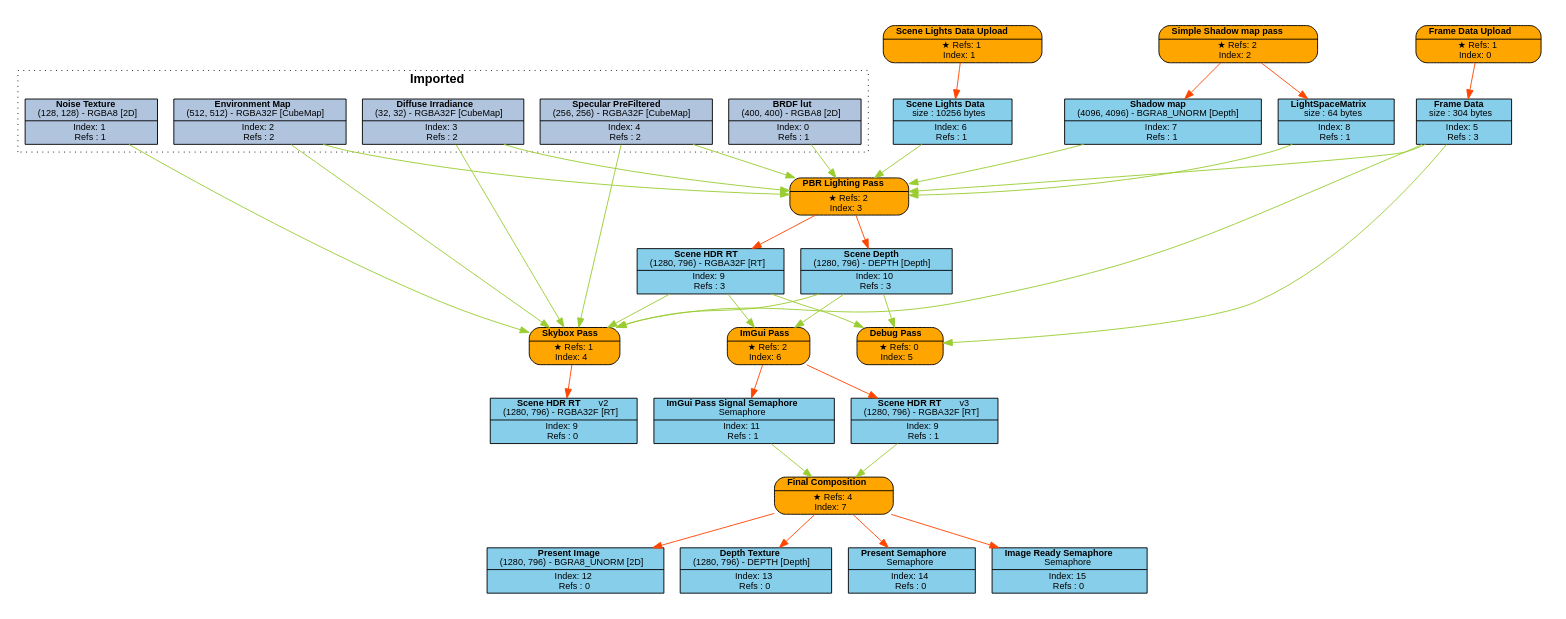
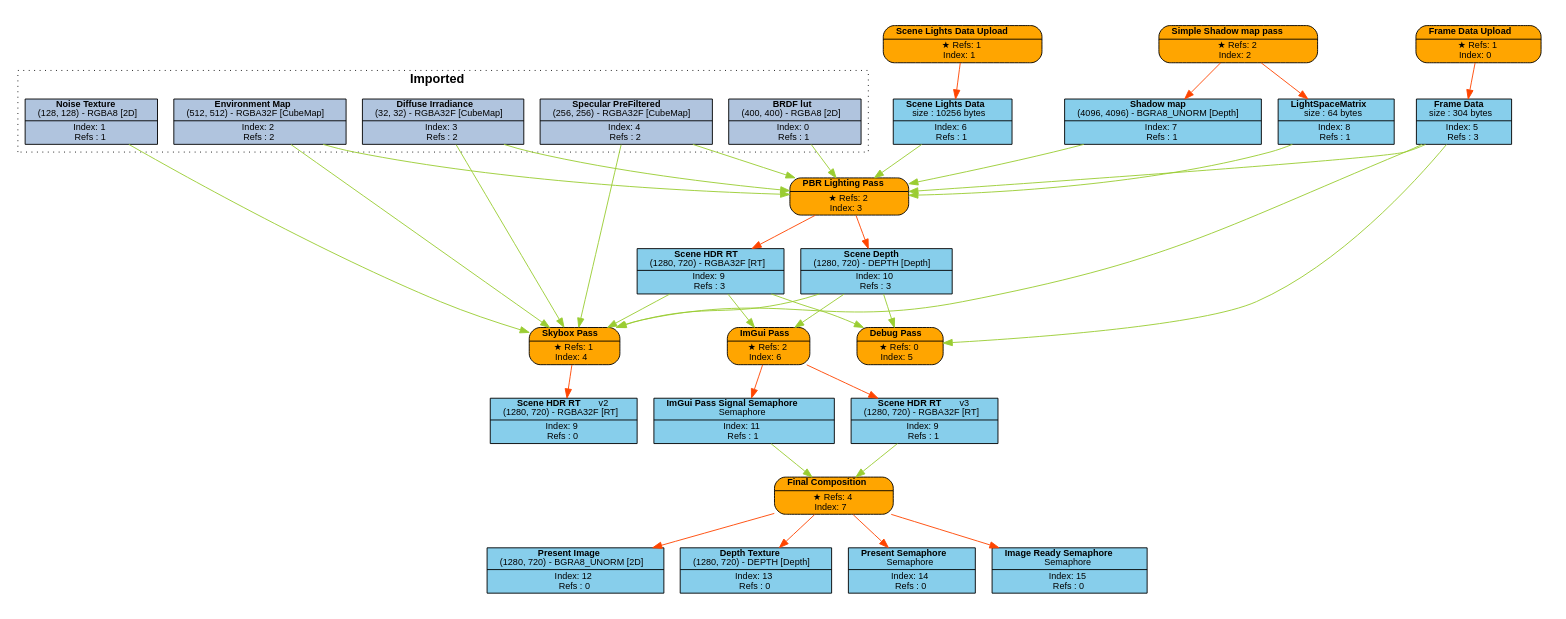
The diagram in Engine/content/FrameGraphs/pbr_lighting_test.dot (Pikachuxxxx/Razix), drawn with Graphviz before and after one commit. The commit also changed 232 other files, not shown here.

```diff
--- a/Engine/content/FrameGraphs/pbr_lighting_test.dot
+++ b/Engine/content/FrameGraphs/pbr_lighting_test.dot
@@ -1,91 +1,91 @@
 digraph FrameGraph {
 graph [style=invis, rankdir="TB" ordering=out, splines=spline]
 node [shape=record, fontname="helvetica", fontsize=10, margin="0.2,0.03"]
 
 P0 [label=<{ {<B>Frame Data Upload</B>} | {&#x2605; Refs: 1<BR/> Index: 0} }> style="rounded,filled", fillcolor=orange]
 P1 [label=<{ {<B>Scene Lights Data Upload</B>} | {&#x2605; Refs: 1<BR/> Index: 1} }> style="rounded,filled", fillcolor=orange]
 P2 [label=<{ {<B>Simple Shadow map pass</B>} | {&#x2605; Refs: 2<BR/> Index: 2} }> style="rounded,filled", fillcolor=orange]
 P3 [label=<{ {<B>PBR Lighting Pass</B>} | {&#x2605; Refs: 2<BR/> Index: 3} }> style="rounded,filled", fillcolor=orange]
 P4 [label=<{ {<B>Skybox Pass</B>} | {&#x2605; Refs: 1<BR/> Index: 4} }> style="rounded,filled", fillcolor=orange]
 P5 [label=<{ {<B>Debug Pass</B>} | {&#x2605; Refs: 0<BR/> Index: 5} }> style="rounded,filled", fillcolor=orange]
 P6 [label=<{ {<B>ImGui Pass</B>} | {&#x2605; Refs: 2<BR/> Index: 6} }> style="rounded,filled", fillcolor=orange]
 P7 [label=<{ {<B>Final Composition</B>} | {&#x2605; Refs: 4<BR/> Index: 7} }> style="rounded,filled", fillcolor=orange]
 
 R0_1 [label=<{ {<B>BRDF lut</B><BR/>(400, 400) - RGBA8 [2D]} | {Index: 0<BR/>Refs : 1} }> style=filled, fillcolor=lightsteelblue]
 R1_1 [label=<{ {<B>Noise Texture</B><BR/>(128, 128) - RGBA8 [2D]} | {Index: 1<BR/>Refs : 1} }> style=filled, fillcolor=lightsteelblue]
 R2_1 [label=<{ {<B>Environment Map</B><BR/>(512, 512) - RGBA32F [CubeMap]} | {Index: 2<BR/>Refs : 2} }> style=filled, fillcolor=lightsteelblue]
 R3_1 [label=<{ {<B>Diffuse Irradiance</B><BR/>(32, 32) - RGBA32F [CubeMap]} | {Index: 3<BR/>Refs : 2} }> style=filled, fillcolor=lightsteelblue]
 R4_1 [label=<{ {<B>Specular PreFiltered</B><BR/>(256, 256) - RGBA32F [CubeMap]} | {Index: 4<BR/>Refs : 2} }> style=filled, fillcolor=lightsteelblue]
 R5_1 [label=<{ {<B>Frame Data</B><BR/>size : 304 bytes} | {Index: 5<BR/>Refs : 3} }> style=filled, fillcolor=skyblue]
 R6_1 [label=<{ {<B>Scene Lights Data</B><BR/>size : 10256 bytes} | {Index: 6<BR/>Refs : 1} }> style=filled, fillcolor=skyblue]
 R7_1 [label=<{ {<B>Shadow map</B><BR/>(4096, 4096) - BGRA8_UNORM [Depth]} | {Index: 7<BR/>Refs : 1} }> style=filled, fillcolor=skyblue]
 R8_1 [label=<{ {<B>LightSpaceMatrix</B><BR/>size : 64 bytes} | {Index: 8<BR/>Refs : 1} }> style=filled, fillcolor=skyblue]
-R9_1 [label=<{ {<B>Scene HDR RT</B><BR/>(1280, 796) - RGBA32F [RT]} | {Index: 9<BR/>Refs : 3} }> style=filled, fillcolor=skyblue]
-R10_1 [label=<{ {<B>Scene Depth</B><BR/>(1280, 796) - DEPTH [Depth]} | {Index: 10<BR/>Refs : 3} }> style=filled, fillcolor=skyblue]
-R9_2 [label=<{ {<B>Scene HDR RT</B>   <FONT>v2</FONT><BR/>(1280, 796) - RGBA32F [RT]} | {Index: 9<BR/>Refs : 0} }> style=filled, fillcolor=skyblue]
+R9_1 [label=<{ {<B>Scene HDR RT</B><BR/>(1280, 720) - RGBA32F [RT]} | {Index: 9<BR/>Refs : 3} }> style=filled, fillcolor=skyblue]
+R10_1 [label=<{ {<B>Scene Depth</B><BR/>(1280, 720) - DEPTH [Depth]} | {Index: 10<BR/>Refs : 3} }> style=filled, fillcolor=skyblue]
+R9_2 [label=<{ {<B>Scene HDR RT</B>   <FONT>v2</FONT><BR/>(1280, 720) - RGBA32F [RT]} | {Index: 9<BR/>Refs : 0} }> style=filled, fillcolor=skyblue]
 R11_1 [label=<{ {<B>ImGui Pass Signal Semaphore</B><BR/>Semaphore} | {Index: 11<BR/>Refs : 1} }> style=filled, fillcolor=skyblue]
-R9_3 [label=<{ {<B>Scene HDR RT</B>   <FONT>v3</FONT><BR/>(1280, 796) - RGBA32F [RT]} | {Index: 9<BR/>Refs : 1} }> style=filled, fillcolor=skyblue]
-R12_1 [label=<{ {<B>Present Image</B><BR/>(1280, 796) - BGRA8_UNORM [2D]} | {Index: 12<BR/>Refs : 0} }> style=filled, fillcolor=skyblue]
-R13_1 [label=<{ {<B>Depth Texture</B><BR/>(1280, 796) - DEPTH [Depth]} | {Index: 13<BR/>Refs : 0} }> style=filled, fillcolor=skyblue]
+R9_3 [label=<{ {<B>Scene HDR RT</B>   <FONT>v3</FONT><BR/>(1280, 720) - RGBA32F [RT]} | {Index: 9<BR/>Refs : 1} }> style=filled, fillcolor=skyblue]
+R12_1 [label=<{ {<B>Present Image</B><BR/>(1280, 720) - BGRA8_UNORM [2D]} | {Index: 12<BR/>Refs : 0} }> style=filled, fillcolor=skyblue]
+R13_1 [label=<{ {<B>Depth Texture</B><BR/>(1280, 720) - DEPTH [Depth]} | {Index: 13<BR/>Refs : 0} }> style=filled, fillcolor=skyblue]
 R14_1 [label=<{ {<B>Present Semaphore</B><BR/>Semaphore} | {Index: 14<BR/>Refs : 0} }> style=filled, fillcolor=skyblue]
 R15_1 [label=<{ {<B>Image Ready Semaphore</B><BR/>Semaphore} | {Index: 15<BR/>Refs : 0} }> style=filled, fillcolor=skyblue]
 
 P0 -> { R5_1 } [color=orangered]
 P1 -> { R6_1 } [color=orangered]
 P2 -> { R7_1 R8_1 } [color=orangered]
 P3 -> { R9_1 R10_1 } [color=orangered]
 P4 -> { R9_2 } [color=orangered]
 P5 -> { } [color=orangered]
 P6 -> { R9_3 R11_1 } [color=orangered]
 P7 -> { R12_1 R13_1 R14_1 R15_1 } [color=orangered]
 
 R0_1 -> { P3 } [color=olivedrab3]
 R1_1 -> { P4 } [color=olivedrab3]
 R2_1 -> { P3 P4 } [color=olivedrab3]
 R3_1 -> { P3 P4 } [color=olivedrab3]
 R4_1 -> { P3 P4 } [color=olivedrab3]
 R5_1 -> { P3 P4 P5 } [color=olivedrab3]
 R6_1 -> { P3 } [color=olivedrab3]
 R7_1 -> { P3 } [color=olivedrab3]
 R8_1 -> { P3 } [color=olivedrab3]
 R9_1 -> { P4 P5 P6 } [color=olivedrab3]
 R10_1 -> { P4 P5 P6 } [color=olivedrab3]
 R9_2 -> { } [color=olivedrab3]
 R11_1 -> { P7 } [color=olivedrab3]
 R9_3 -> { P7 } [color=olivedrab3]
 R12_1 -> { } [color=olivedrab3]
 R13_1 -> { } [color=olivedrab3]
 R14_1 -> { } [color=olivedrab3]
 R15_1 -> { } [color=olivedrab3]
 
 subgraph cluster_0 {
 P0 R5_1 
 }
 subgraph cluster_1 {
 P1 R6_1 
 }
 subgraph cluster_2 {
 P2 R7_1 R8_1 
 }
 subgraph cluster_3 {
 P3 R9_1 R10_1 
 }
 subgraph cluster_4 {
 P4 
 }
 subgraph cluster_5 {
 P5 
 }
 subgraph cluster_6 {
 P6 R11_1 
 }
 subgraph cluster_7 {
 P7 R12_1 R13_1 R14_1 R15_1 
 }
 
 subgraph cluster_imported_resources {
 graph [style=dotted, fontname="helvetica", label=< <B>Imported</B> >]
 R0_1 R1_1 R2_1 R3_1 R4_1 
 }
 
 }
```
